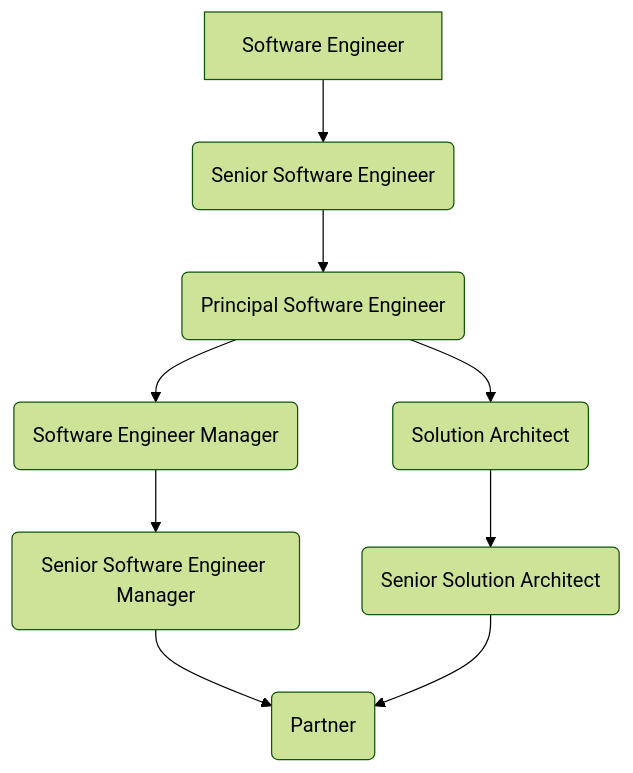
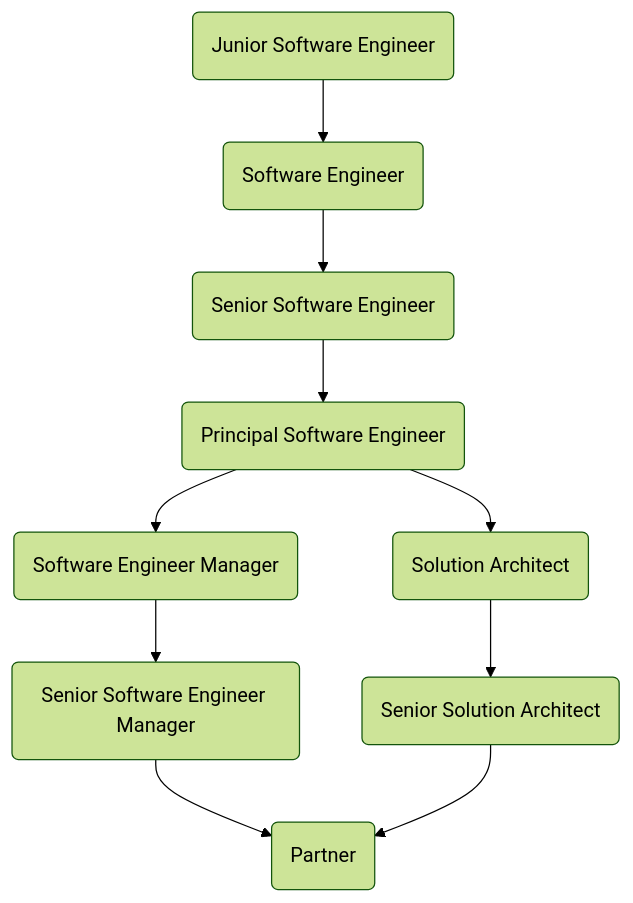
Before and after one commit to stakater/employee-handbook: the diagram in content/career-path.md, drawn with Mermaid (forest theme). The commit also changed other lines of this file, not shown here.

````diff
--- a/content/career-path.md
+++ b/content/career-path.md
@@ -5,11 +5,12 @@
 ```mermaid
 graph TD
-    SE[Software Engineer] --> SSE(Senior Software Engineer)
+    JSE(Junior Software Engineer) --> SE(Software Engineer)
+    SE --> SSE(Senior Software Engineer)
     SSE --> PSE(Principal Software Engineer)
     PSE --> SEM(Software Engineer Manager)
     PSE --> SA(Solution Architect)
     SEM --> SSEM(Senior Software Engineer Manager)
     SA --> SSA(Senior Solution Architect)
     SSEM --> P(Partner)
     SSA --> P
 ```
````
